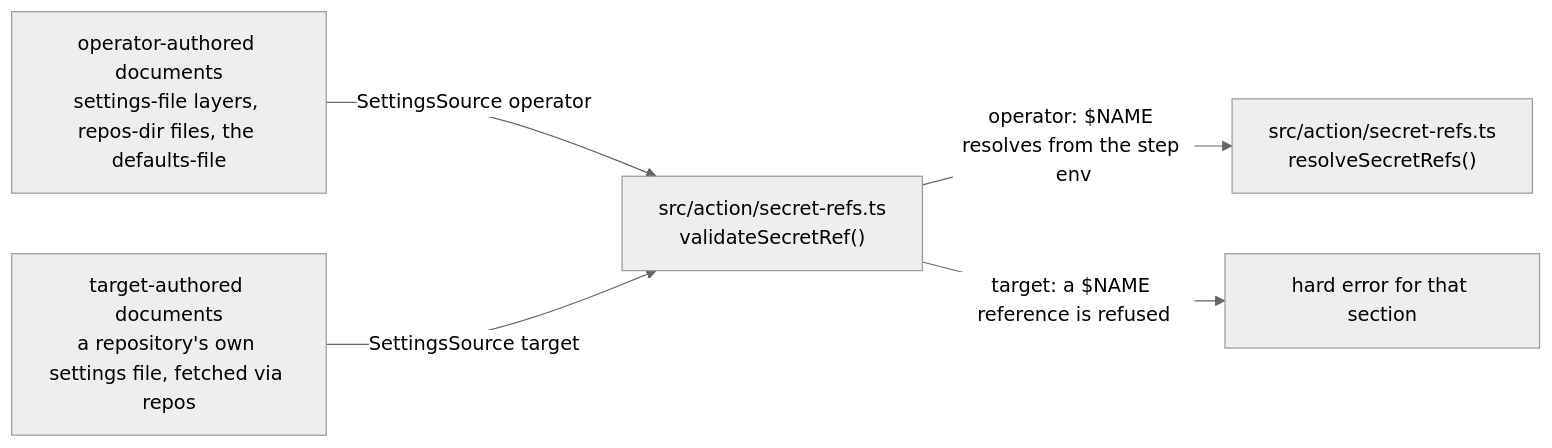
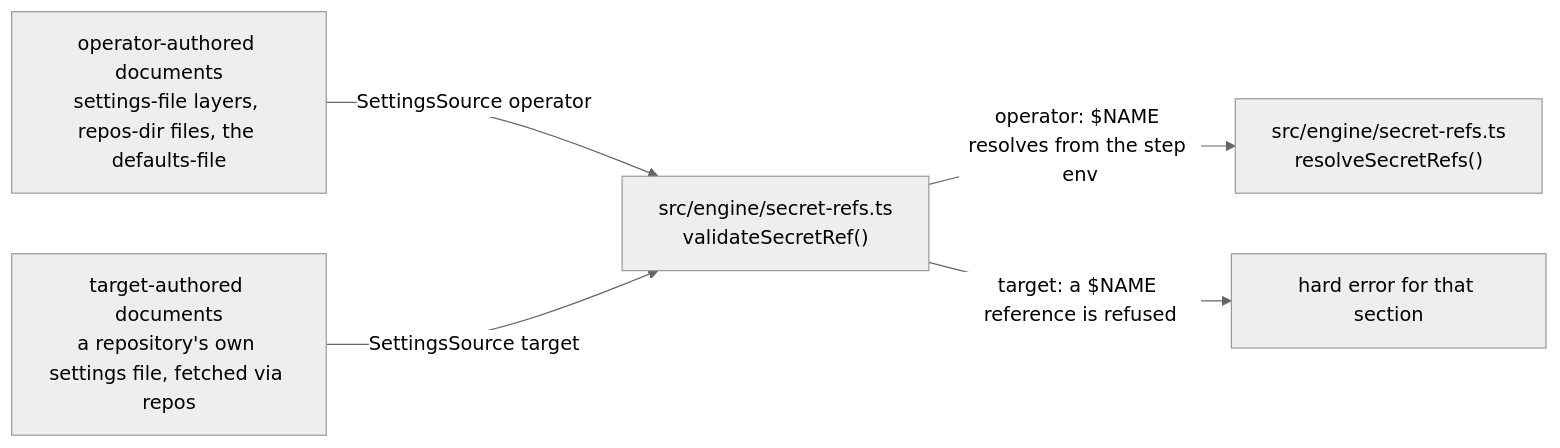
Before and after one commit to Vivswan/github-settings-as-code: the fifth of 8 diagrams in docs/reference/architecture.md, drawn with Mermaid (neutral theme). The commit also changed other lines of this file and 61 other files, not shown here.

````diff
--- a/docs/reference/architecture.md
+++ b/docs/reference/architecture.md
@@ -123,12 +123,12 @@
 ```mermaid
 flowchart LR
   operator["operator-authored documents<br>settings-file layers, repos-dir files, the defaults-file"]
   target["target-authored documents<br>a repository's own settings file, fetched via repos"]
-  refs["src/action/secret-refs.ts<br>validateSecretRef()"]
-  resolve["src/action/secret-refs.ts<br>resolveSecretRefs()"]
+  refs["src/engine/secret-refs.ts<br>validateSecretRef()"]
+  resolve["src/engine/secret-refs.ts<br>resolveSecretRefs()"]
   refused["hard error for that section"]
   operator -->|SettingsSource operator| refs
   target -->|SettingsSource target| refs
   refs -->|operator: $NAME resolves from the step env| resolve
   refs -->|target: a $NAME reference is refused| refused
 ```
````
